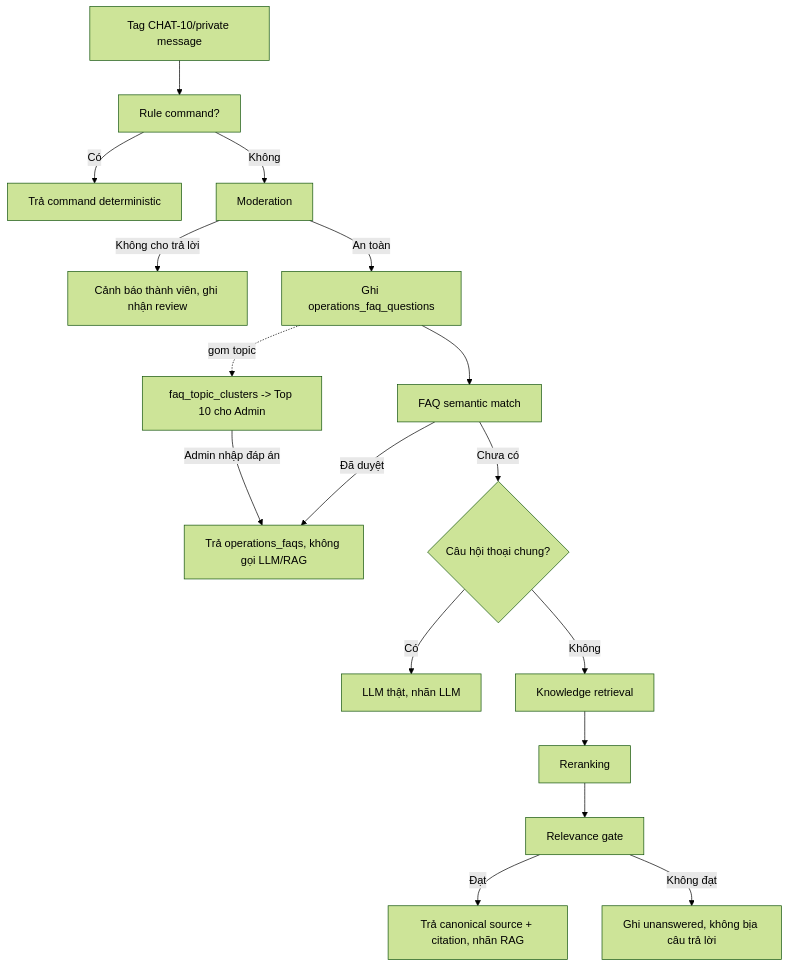
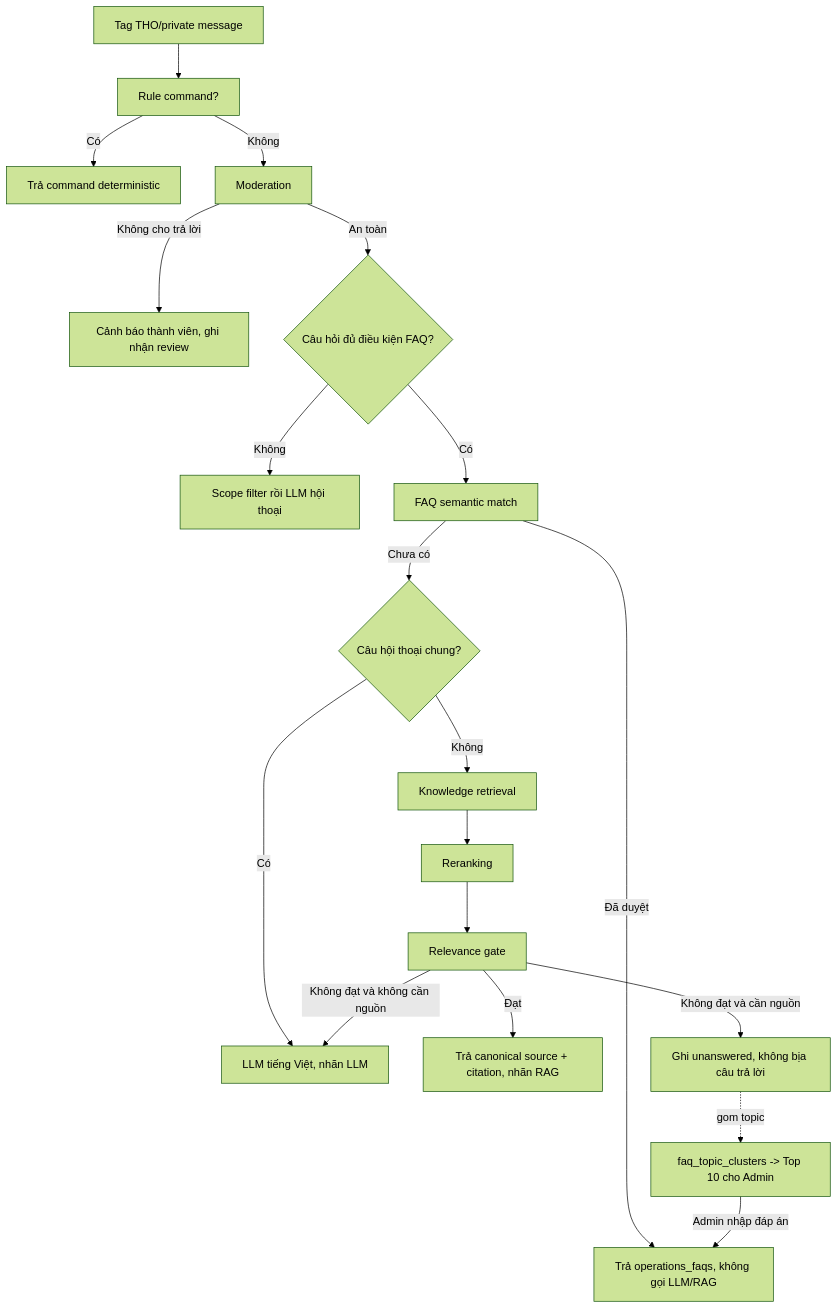
The second of 2 diagrams in docs/community_pipeline.md (thanq204/ChatBot-THO), drawn with Mermaid (forest theme) before and after one commit. The commit also changed other lines of this file and 14 other files, not shown here.

Commit message:
chore: sync THO runtime and architecture

````diff
--- a/docs/community_pipeline.md
+++ b/docs/community_pipeline.md
@@ -27,19 +29,21 @@
 ```mermaid
 flowchart TD
-    A[Tag CHAT-10/private message] --> B[Rule command?]
+    A[Tag THO/private message] --> B[Rule command?]
     B -->|Có| C[Trả command deterministic]
     B -->|Không| D[Moderation]
     D -->|Không cho trả lời| E[Cảnh báo thành viên, ghi nhận review]
-    D -->|An toàn| F[Ghi operations_faq_questions]
-    F --> G[FAQ semantic match]
+    D -->|An toàn| Q{Câu hỏi đủ điều kiện FAQ?}
+    Q -->|Không| O[Scope filter rồi LLM hội thoại]
+    Q -->|Có| G[FAQ semantic match]
     G -->|Đã duyệt| H[Trả operations_faqs, không gọi LLM/RAG]
-    G -->|Chưa có| O{Câu hội thoại chung?}
-    O -->|Có| P[LLM thật, nhãn LLM]
-    O -->|Không| I[Knowledge retrieval]
+    G -->|Chưa có| V{Câu hội thoại chung?}
+    V -->|Có| P[LLM tiếng Việt, nhãn LLM]
+    V -->|Không| I[Knowledge retrieval]
     I --> J[Reranking]
     J --> K[Relevance gate]
     K -->|Đạt| L[Trả canonical source + citation, nhãn RAG]
-    K -->|Không đạt| M[Ghi unanswered, không bịa câu trả lời]
-    F -. gom topic .-> N[faq_topic_clusters -> Top 10 cho Admin]
+    K -->|Không đạt và cần nguồn| M[Ghi unanswered, không bịa câu trả lời]
+    K -->|Không đạt và không cần nguồn| P
+    M -. gom topic .-> N[faq_topic_clusters -> Top 10 cho Admin]
     N -->|Admin nhập đáp án| H
 ```
````
